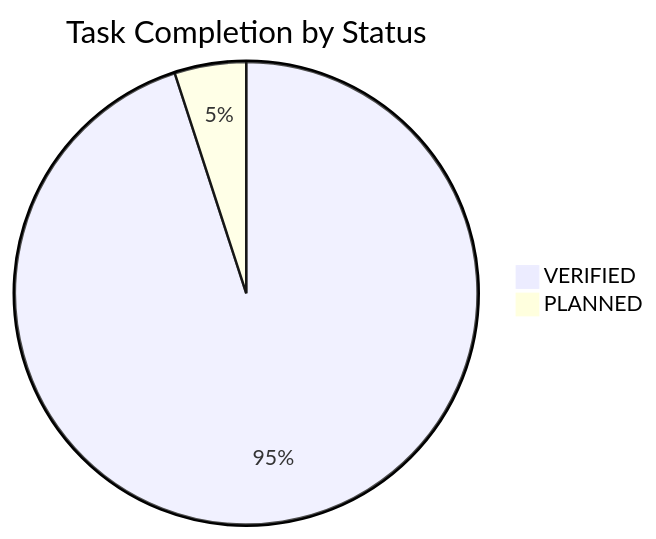
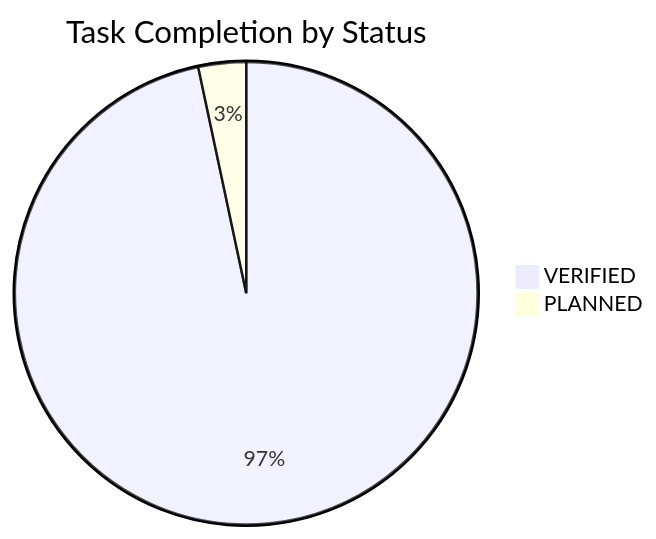
The diagram in docs/TASK_BOARD.md (NguyenTriBaoThang/ClearWayAI), drawn with Mermaid before and after one commit. The commit also changed other lines of this file and 13 other files, not shown here.

````diff
--- a/docs/TASK_BOARD.md
+++ b/docs/TASK_BOARD.md
@@ -16,5 +16,5 @@
 ```mermaid
 pie title Task Completion by Status
-    "VERIFIED" : 57
-    "PLANNED" : 3
+    "VERIFIED" : 58
+    "PLANNED" : 2
 ```
````
